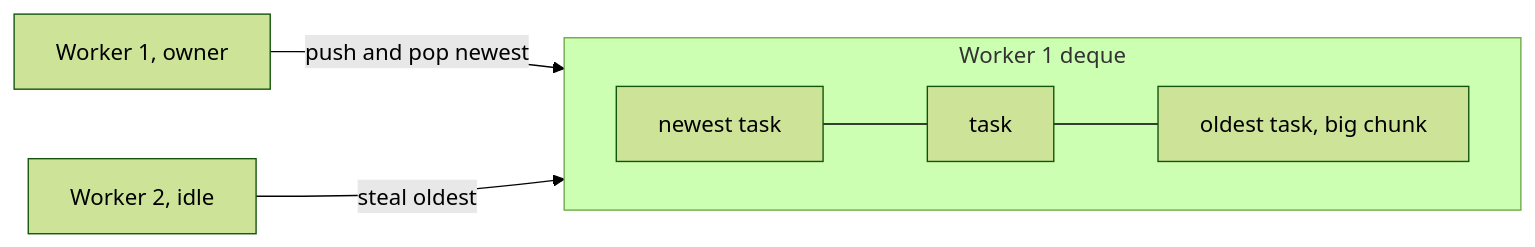
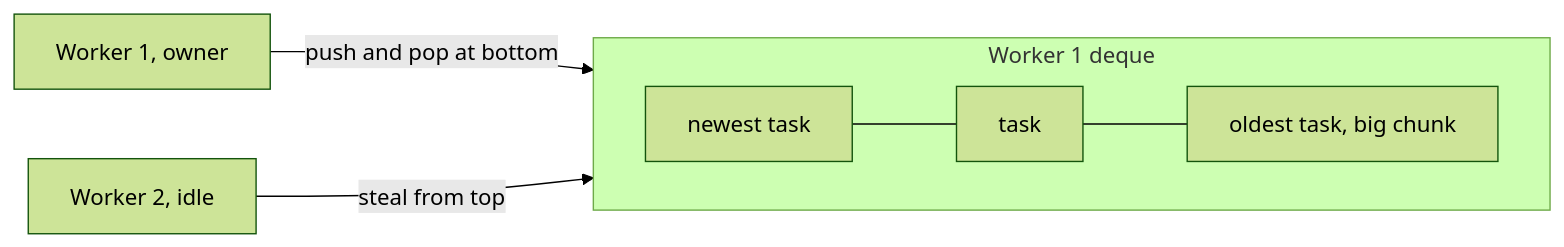
One commit to thull32/ascend changed the second of 2 diagrams in content/tracks/06-systems-and-concurrency/02-concurrency/05-thread-pools-and-work-stealing.md. Above: the diagram before and after it, drawn with Mermaid (forest theme). The commit also changed other lines of this file and 18 other files, not shown here.

````diff
--- a/content/tracks/06-systems-and-concurrency/02-concurrency/05-thread-pools-and-work-stealing.md
+++ b/content/tracks/06-systems-and-concurrency/02-concurrency/05-thread-pools-and-work-stealing.md
@@ -133,9 +124,9 @@
 ```mermaid
 flowchart LR
-  O[Worker 1, owner] -- push and pop newest --> T1
+  O[Worker 1, owner] -- push and pop at bottom --> T1
   subgraph D1[Worker 1 deque]
     direction LR
     T1[newest task] --- T2[task] --- T3[oldest task, big chunk]
   end
-  S[Worker 2, idle] -- steal oldest --> T3
+  S[Worker 2, idle] -- steal from top --> T3
 ```
````
